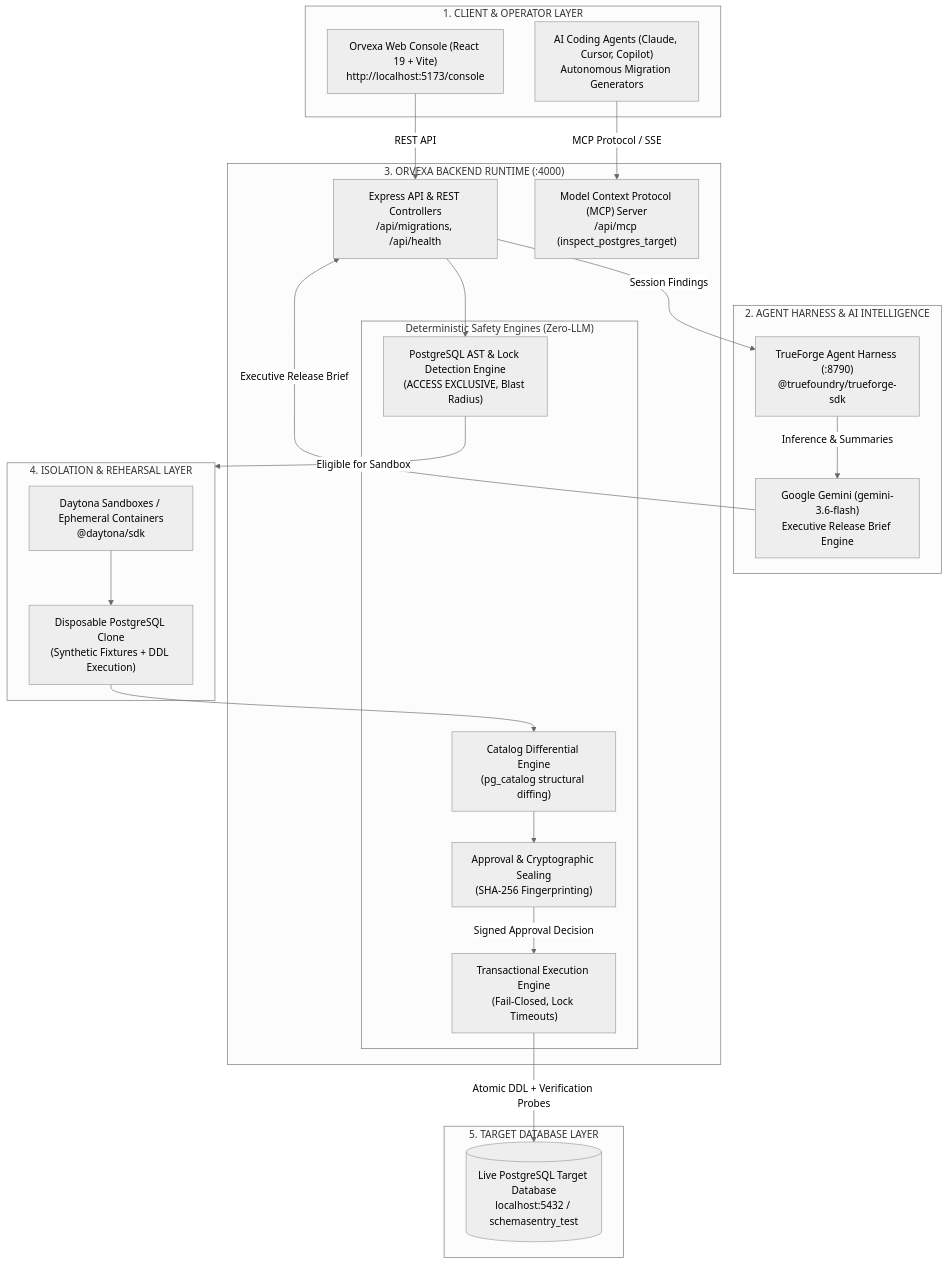
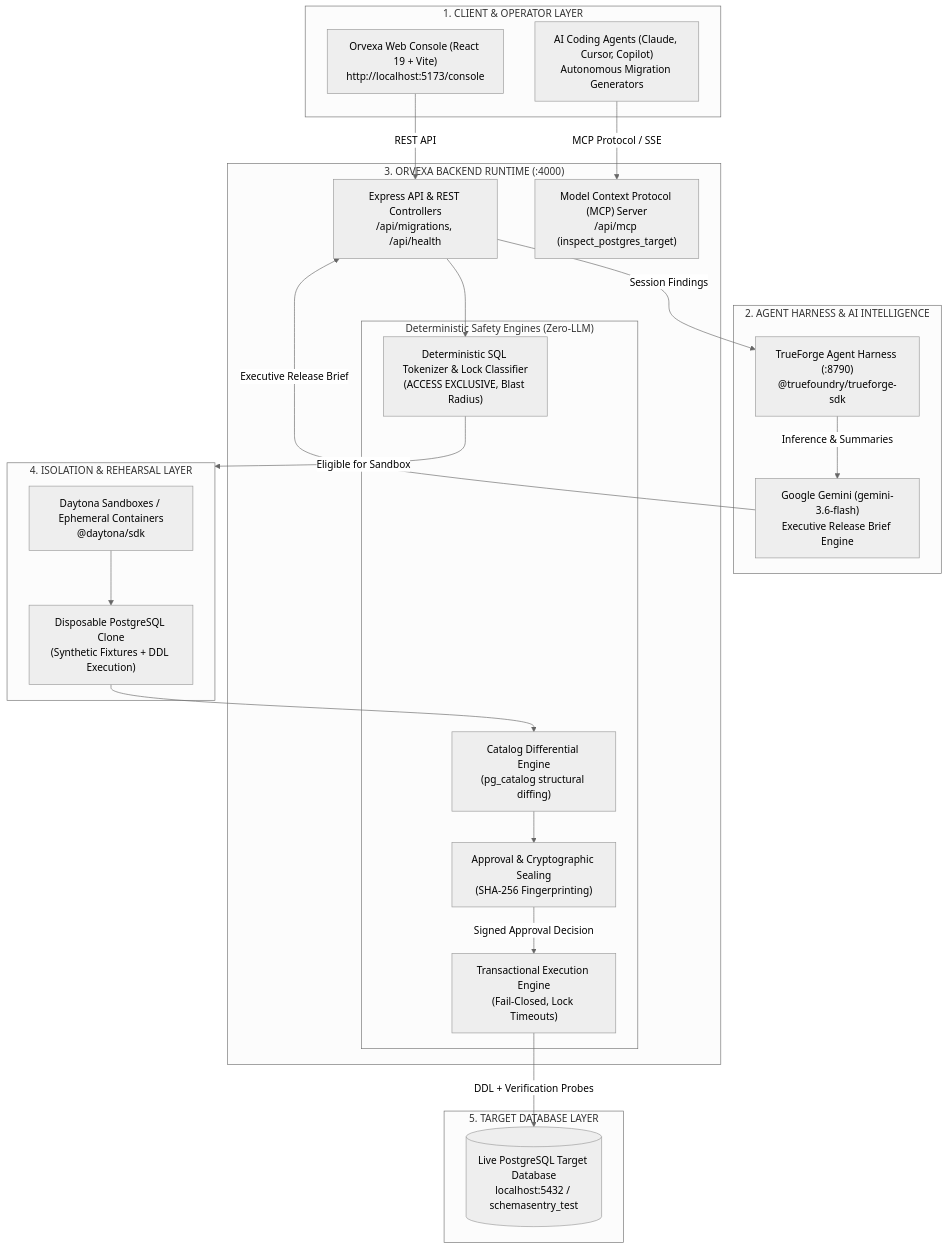
Before and after one commit to toufiqfarhan0/Orvexa: the diagram in README.md, drawn with Mermaid (neutral theme). The commit also changed other lines of this file, not shown here.

Commit message:
docs: refine Orvexa architecture documentation

````diff
--- a/README.md
+++ b/README.md
@@ -223,49 +254,49 @@
 ```mermaid
 flowchart TB
     subgraph ClientLayer ["1. CLIENT & OPERATOR LAYER"]
         WebUI["Orvexa Web Console (React 19 + Vite)<br/>http://localhost:5173/console"]
         AIAgents["AI Coding Agents (Claude, Cursor, Copilot)<br/>Autonomous Migration Generators"]
     end
 
     subgraph AgentHarness ["2. AGENT HARNESS & AI INTELLIGENCE"]
         TrueForge["TrueForge Agent Harness (:8790)<br/>@truefoundry/trueforge-sdk"]
         Gemini["Google Gemini (gemini-3.6-flash)<br/>Executive Release Brief Engine"]
     end
 
     subgraph ServerLayer ["3. ORVEXA BACKEND RUNTIME (:4000)"]
         APIServer["Express API & REST Controllers<br/>/api/migrations, /api/health"]
         MCPServer["Model Context Protocol (MCP) Server<br/>/api/mcp (inspect_postgres_target)"]
 
         subgraph CoreEngines ["Deterministic Safety Engines (Zero-LLM)"]
-            ASTEngine["PostgreSQL AST & Lock Detection Engine<br/>(ACCESS EXCLUSIVE, Blast Radius)"]
+            ParserEngine["Deterministic SQL Tokenizer & Lock Classifier<br/>(ACCESS EXCLUSIVE, Blast Radius)"]
             DiffEngine["Catalog Differential Engine<br/>(pg_catalog structural diffing)"]
             GateEngine["Approval & Cryptographic Sealing<br/>(SHA-256 Fingerprinting)"]
             ExecEngine["Transactional Execution Engine<br/>(Fail-Closed, Lock Timeouts)"]
         end
     end
 
     subgraph IsolationLayer ["4. ISOLATION & REHEARSAL LAYER"]
         Daytona["Daytona Sandboxes / Ephemeral Containers<br/>@daytona/sdk"]
         RehearsalDB["Disposable PostgreSQL Clone<br/>(Synthetic Fixtures + DDL Execution)"]
     end
 
     subgraph ProductionLayer ["5. TARGET DATABASE LAYER"]
         TargetDB[(Live PostgreSQL Target Database<br/>localhost:5432 / schemasentry_test)]
     end
 
     %% Flows
     WebUI -->|REST API| APIServer
     AIAgents -->|MCP Protocol / SSE| MCPServer
     APIServer -->|Session Findings| TrueForge
     TrueForge -->|Inference & Summaries| Gemini
     Gemini -->|Executive Release Brief| APIServer
 
-    APIServer --> ASTEngine
-    ASTEngine -->|Eligible for Sandbox| IsolationLayer
+    APIServer --> ParserEngine
+    ParserEngine -->|Eligible for Sandbox| IsolationLayer
     Daytona --> RehearsalDB
     RehearsalDB --> DiffEngine
     DiffEngine --> GateEngine
 
     GateEngine -->|Signed Approval Decision| ExecEngine
-    ExecEngine -->|Atomic DDL + Verification Probes| TargetDB
+    ExecEngine -->|DDL + Verification Probes| TargetDB
 ```
````
